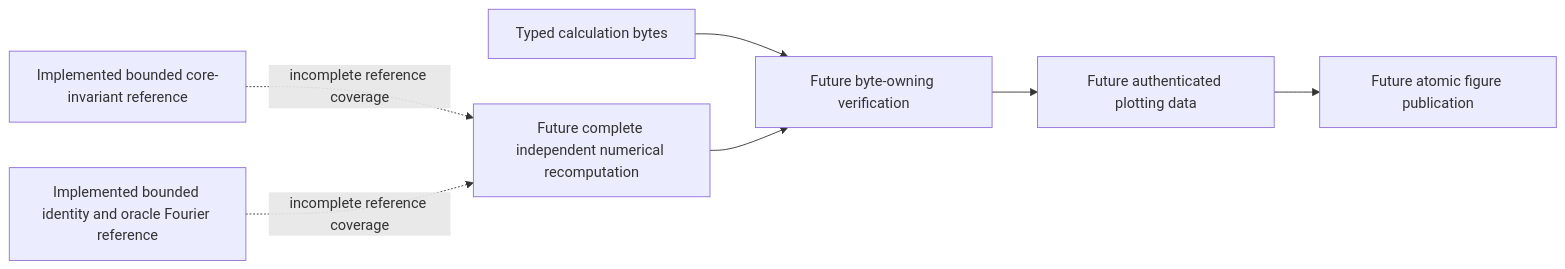
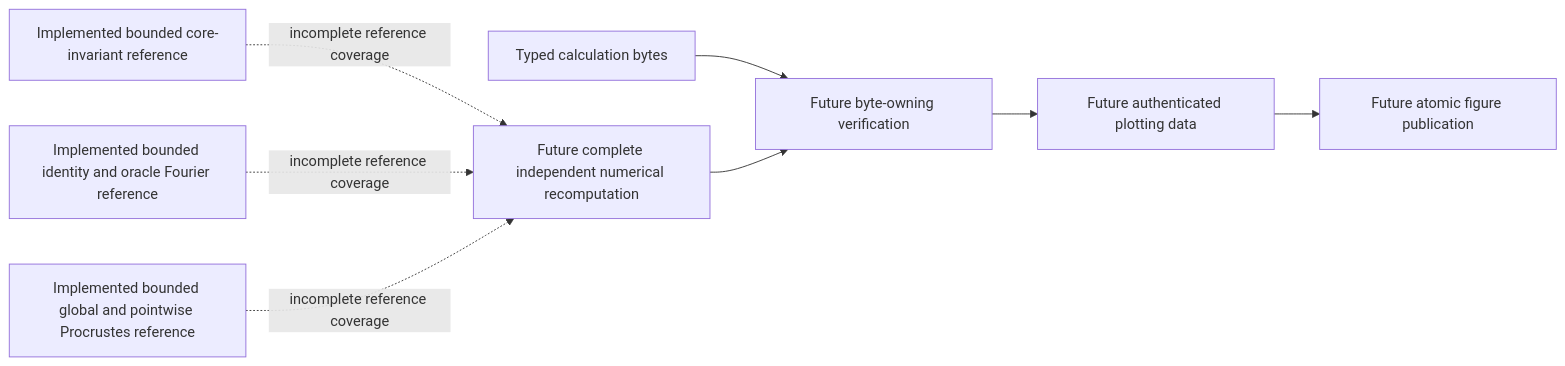
Before and after one commit to eragasa/ksdft2effmass: the third of 4 diagrams in docs/architecture/v3/ksdft2effmass/periodic1d/higher_rank_alignment/schematics.md, drawn with Mermaid. The commit also changed other lines of this file and 13 other files, not shown here.

Commit message:
Add higher-rank Procrustes reference controls

````diff
--- a/docs/architecture/v3/ksdft2effmass/periodic1d/higher_rank_alignment/schematics.md
+++ b/docs/architecture/v3/ksdft2effmass/periodic1d/higher_rank_alignment/schematics.md
@@ -78,16 +78,18 @@
 ```mermaid
 flowchart LR
     C[Typed calculation bytes]
     B[Implemented bounded core-invariant reference]
     F[Implemented bounded identity and oracle Fourier reference]
+    P[Implemented bounded global and pointwise Procrustes reference]
     I[Future complete independent numerical recomputation]
     V[Future byte-owning verification]
     D[Future authenticated plotting data]
     G[Future atomic figure publication]
 
     C --> V
     B -. incomplete reference coverage .-> I
     F -. incomplete reference coverage .-> I
+    P -. incomplete reference coverage .-> I
     I --> V
     V --> D --> G
 ```
````
